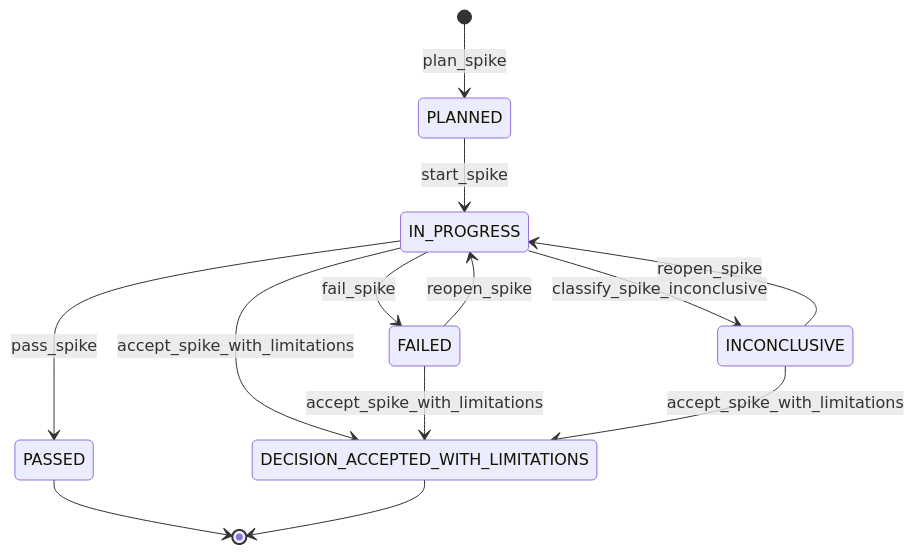
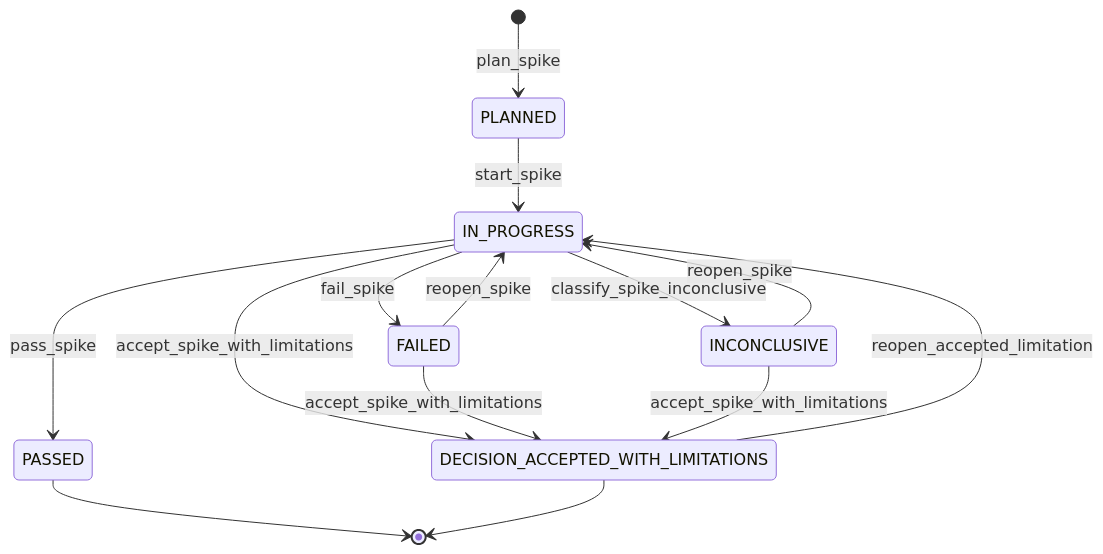
The first of 2 diagrams in docs/plugin-redesign-release-flow/03-plan-incremental.md (cmartinezs/claude-planning-with-ai), drawn with Mermaid before and after one commit. The commit also changed other lines of this file and 41 other files, not shown here.

````diff
--- a/docs/plugin-redesign-release-flow/03-plan-incremental.md
+++ b/docs/plugin-redesign-release-flow/03-plan-incremental.md
@@ -117,15 +117,16 @@
 ```mermaid
 stateDiagram-v2
     [*] --> PLANNED : plan_spike
     PLANNED --> IN_PROGRESS : start_spike
     IN_PROGRESS --> PASSED : pass_spike
     IN_PROGRESS --> FAILED : fail_spike
     IN_PROGRESS --> INCONCLUSIVE : classify_spike_inconclusive
     IN_PROGRESS --> DECISION_ACCEPTED_WITH_LIMITATIONS : accept_spike_with_limitations
     FAILED --> IN_PROGRESS : reopen_spike
     INCONCLUSIVE --> IN_PROGRESS : reopen_spike
     FAILED --> DECISION_ACCEPTED_WITH_LIMITATIONS : accept_spike_with_limitations
     INCONCLUSIVE --> DECISION_ACCEPTED_WITH_LIMITATIONS : accept_spike_with_limitations
+    DECISION_ACCEPTED_WITH_LIMITATIONS --> IN_PROGRESS : reopen_accepted_limitation
     PASSED --> [*]
     DECISION_ACCEPTED_WITH_LIMITATIONS --> [*]
 ```
````
